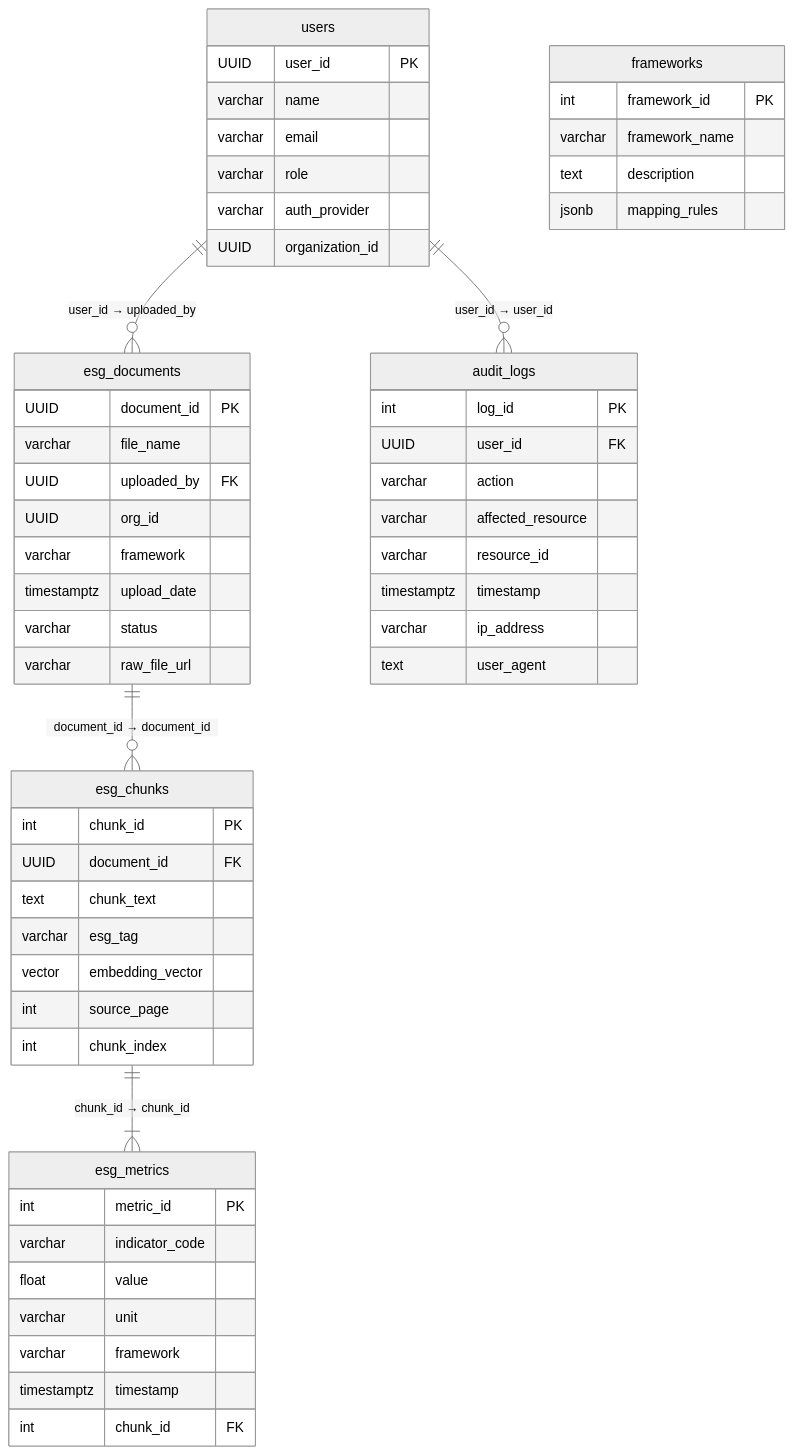
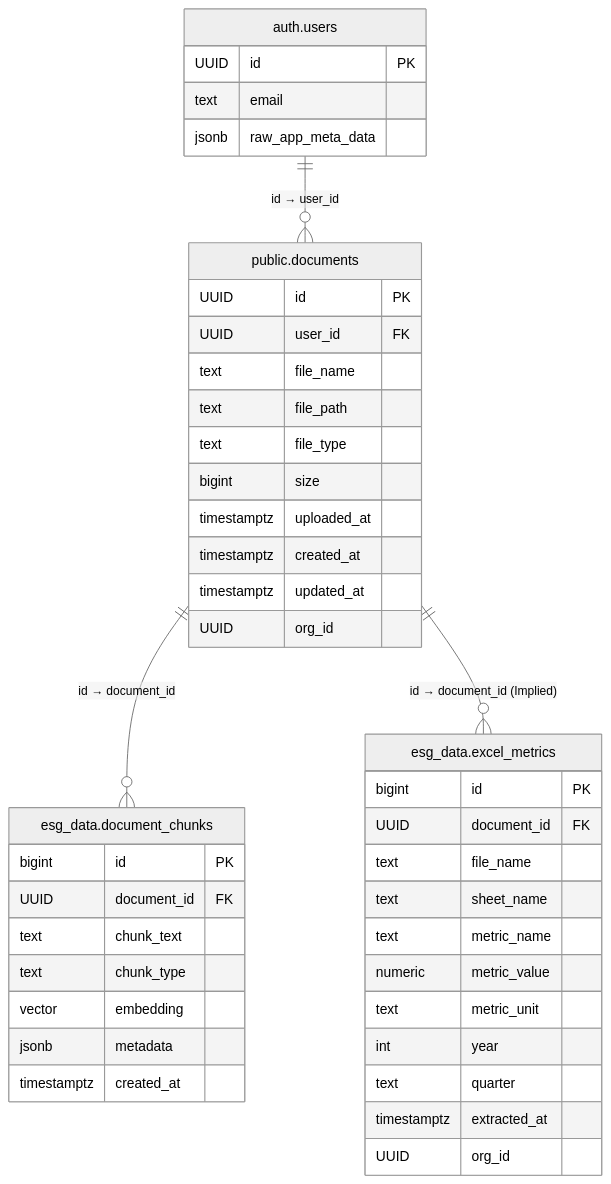
Before and after one commit to VenkateshShivandi/ESG_Reporting: the diagram in documentation/schema_design.md, drawn with Mermaid (neutral theme). The commit also changed other lines of this file and 26 other files, not shown here.

````diff
--- a/documentation/schema_design.md
+++ b/documentation/schema_design.md
@@ -106,66 +131,49 @@
 ```mermaid
 erDiagram
-    esg_documents ||--o{ esg_chunks : "document_id → document_id"
-    esg_chunks ||--|{ esg_metrics : "chunk_id → chunk_id"
-    users ||--o{ esg_documents : "user_id → uploaded_by"
-    users ||--o{ audit_logs : "user_id → user_id"
+    public.documents ||--o{ esg_data.document_chunks : "id → document_id"
+    public.documents ||--o{ esg_data.excel_metrics : "id → document_id (Implied)"
+    auth.users ||--o{ public.documents : "id → user_id"
 
-    esg_documents {
-        UUID document_id PK
-        varchar file_name
-        UUID uploaded_by FK
+    public.documents {
+        UUID id PK
+        UUID user_id FK
+        text file_name
+        text file_path
+        text file_type
+        bigint size
+        timestamptz uploaded_at
+        timestamptz created_at
+        timestamptz updated_at
         UUID org_id
-        varchar framework
-        timestamptz upload_date
-        varchar status
-        varchar raw_file_url
     }
 
-    esg_chunks {
-        int chunk_id PK
+    esg_data.document_chunks {
+        bigint id PK
         UUID document_id FK
         text chunk_text
-        varchar esg_tag
-        vector embedding_vector
-        int source_page
-        int chunk_index
+        text chunk_type
+        vector embedding
+        jsonb metadata
+        timestamptz created_at
     }
 
-    esg_metrics {
-        int metric_id PK
-        varchar indicator_code
-        float value
-        varchar unit
-        varchar framework
-        timestamptz timestamp
-        int chunk_id FK
+    esg_data.excel_metrics {
+        bigint id PK
+        UUID document_id FK
+        text file_name
+        text sheet_name
+        text metric_name
+        numeric metric_value
+        text metric_unit
+        int year
+        text quarter
+        timestamptz extracted_at
+        UUID org_id
     }
 
-    frameworks {
-        int framework_id PK
-        varchar framework_name
-        text description
-        jsonb mapping_rules
+    auth.users {
+        UUID id PK
+        text email
+        jsonb raw_app_meta_data
     }
-
-    users {
-        UUID user_id PK
-        varchar name
-        varchar email
-        varchar role
-        varchar auth_provider
-        UUID organization_id
-    }
-
-    audit_logs {
-        int log_id PK
-        UUID user_id FK
-        varchar action
-        varchar affected_resource
-        varchar resource_id
-        timestamptz timestamp
-        varchar ip_address
-        text user_agent
-    }
-
 ```
````
